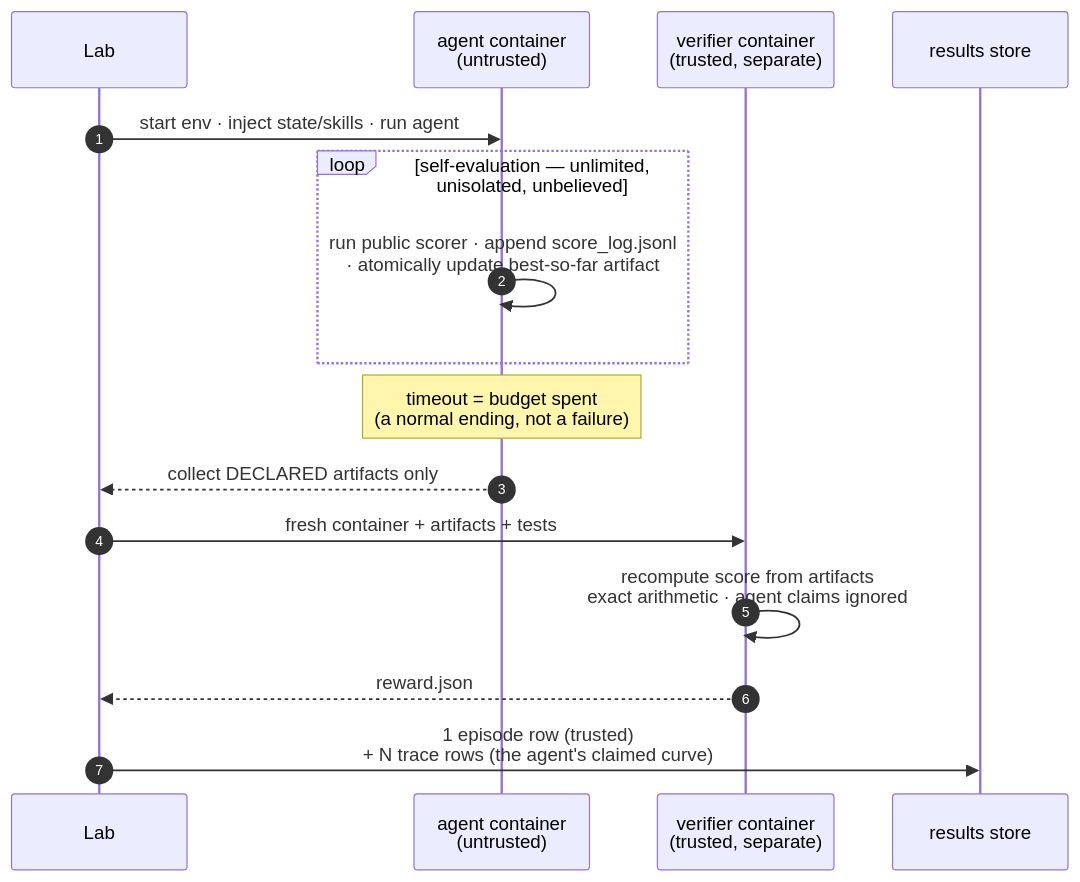
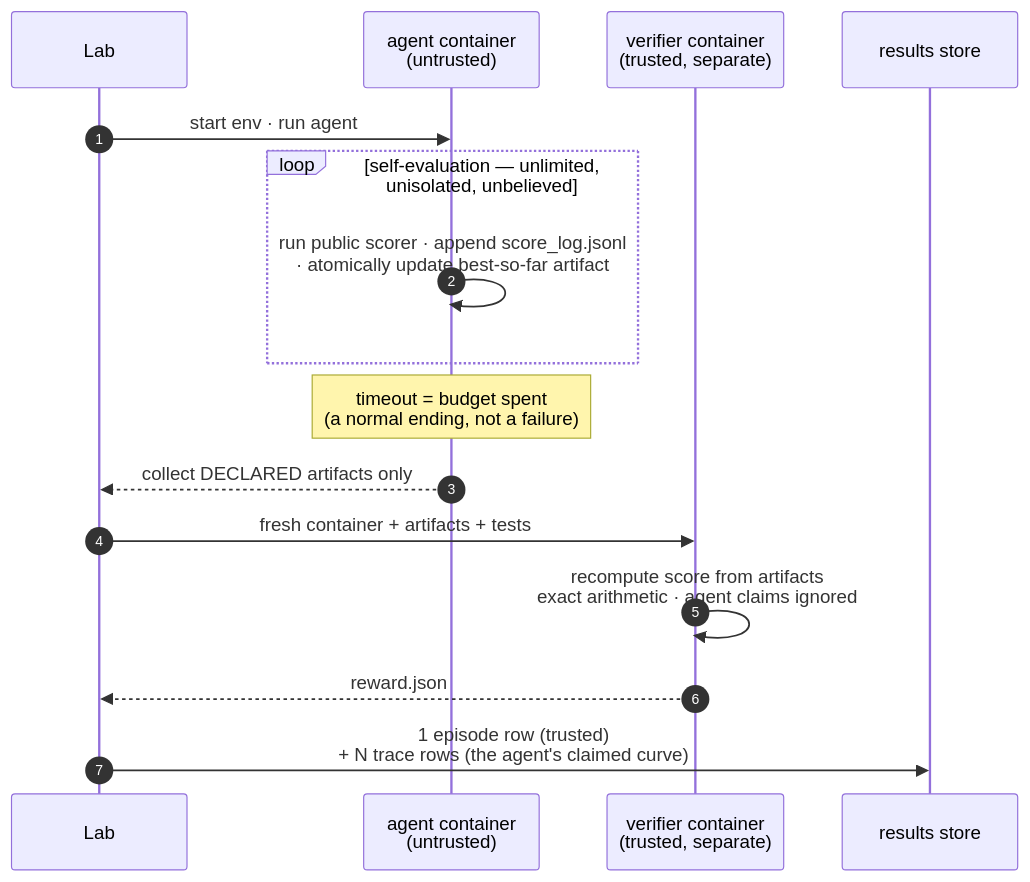
The diagram in README.md (Human-Agent-Society/tide-eval), drawn with Mermaid before and after one commit. The commit also changed other lines of this file and 48 other files, not shown here.

````diff
--- a/README.md
+++ b/README.md
@@ -131,19 +107,19 @@
 ```mermaid
 sequenceDiagram
     autonumber
     participant L as Lab
     participant A as agent container<br/>(untrusted)
     participant V as verifier container<br/>(trusted, separate)
     participant S as results store
 
-    L->>A: start env · inject state/skills · run agent
+    L->>A: start env · run agent
     loop self-evaluation — unlimited, unisolated, unbelieved
         A->>A: run public scorer · append score_log.jsonl<br/>· atomically update best-so-far artifact
     end
     Note over A: timeout = budget spent<br/>(a normal ending, not a failure)
     A-->>L: collect DECLARED artifacts only
     L->>V: fresh container + artifacts + tests
     V->>V: recompute score from artifacts<br/>exact arithmetic · agent claims ignored
     V-->>L: reward.json
     L->>S: 1 episode row (trusted)<br/>+ N trace rows (the agent's claimed curve)
 ```
````
